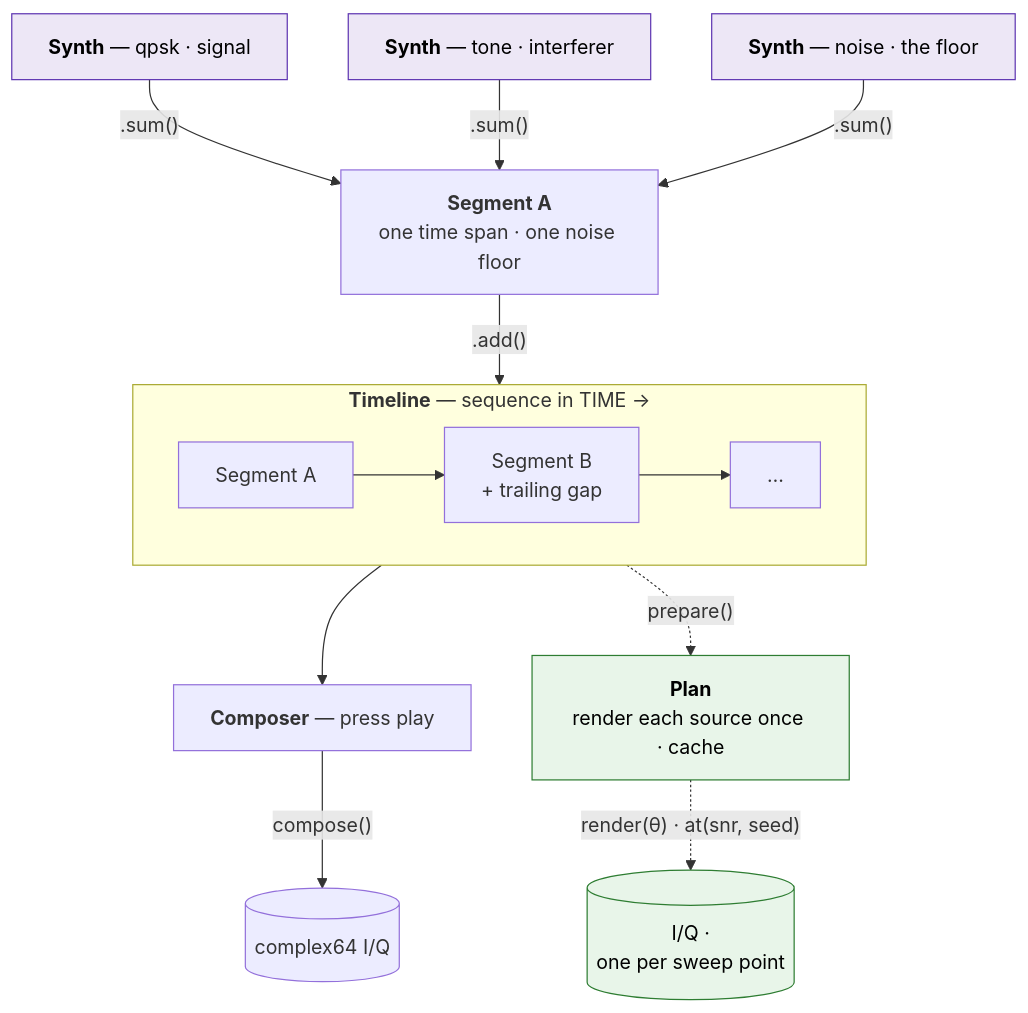
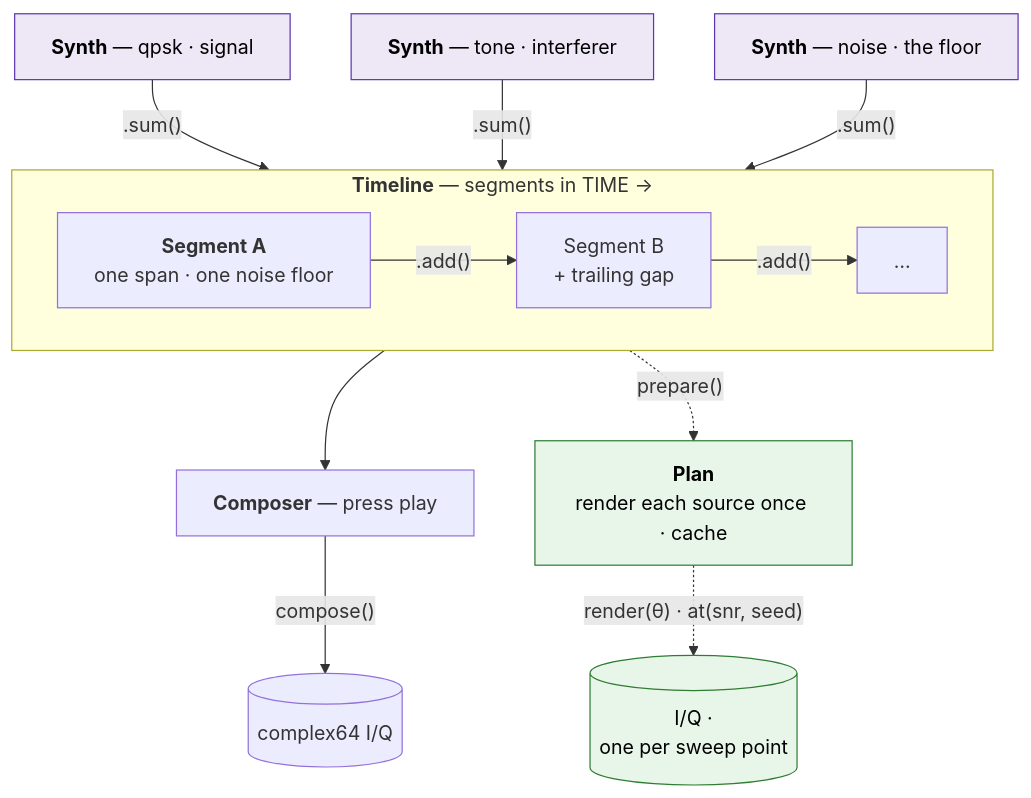
The diagram in docs/guide/wfmgen/concepts.md (doppler-dsp/doppler), drawn with Mermaid before and after one commit.

Commit message:
docs(wfmgen): put .add() on the segment-sequencing arrows
Refine the concepts diagram so the two combine-verbs sit where the API actually
puts them. `.add()` is a segment-to-segment verb (segA.add(segB)), so it belongs
on the arrows *between* segments inside the Timeline — not on the one edge from
Segment A into the Timeline box, which forced Segment A to be drawn twice. Now
Segment A appears once: the Synths `.sum()` into it (fan-in, one Segment.sum()
call), and `.add()` rides the A → B → … sequencing arrows. Exact, un-duplicated
symmetry — `.sum()`:Synths→Segment as `.add()`:Segment→Segment.

````diff
--- a/docs/guide/wfmgen/concepts.md
+++ b/docs/guide/wfmgen/concepts.md
@@ -13,22 +13,21 @@
 ```mermaid
 flowchart TB
     y1["<b>Synth</b> — qpsk · signal"]
     y2["<b>Synth</b> — tone · interferer"]
     y3["<b>Synth</b> — noise · the floor"]
-    y1 & y2 & y3 -->|".sum()"| SEG["<b>Segment A</b><br/>one time span · one noise floor"]
-    SEG -->|".add()"| TL
-    subgraph TL["<b>Timeline</b> — sequence in TIME →"]
+    subgraph TL["<b>Timeline</b> — segments in TIME →"]
         direction LR
-        A["Segment A"] --> B["Segment B<br/>+ trailing gap"] --> C["…"]
+        A["<b>Segment A</b><br/>one span · one noise floor"] -->|".add()"| B["Segment B<br/>+ trailing gap"] -->|".add()"| C["…"]
     end
+    y1 & y2 & y3 -->|".sum()"| A
     TL --> COMP["<b>Composer</b> — press play"]
     COMP -->|"compose()"| IQ[("complex64 I/Q")]
 
     TL -. "prepare()" .-> PLAN["<b>Plan</b><br/>render each source once · cache"]
     PLAN -. "render(θ) · at(snr, seed)" .-> SWEEP[("I/Q ·<br/>one per sweep point")]
 
     classDef syn fill:#ede7f6,stroke:#5e35b1,color:#000;
     classDef plan fill:#e8f5e9,stroke:#2e7d32,color:#000;
     class y1,y2,y3 syn;
     class PLAN,SWEEP plan;
 ```
````
